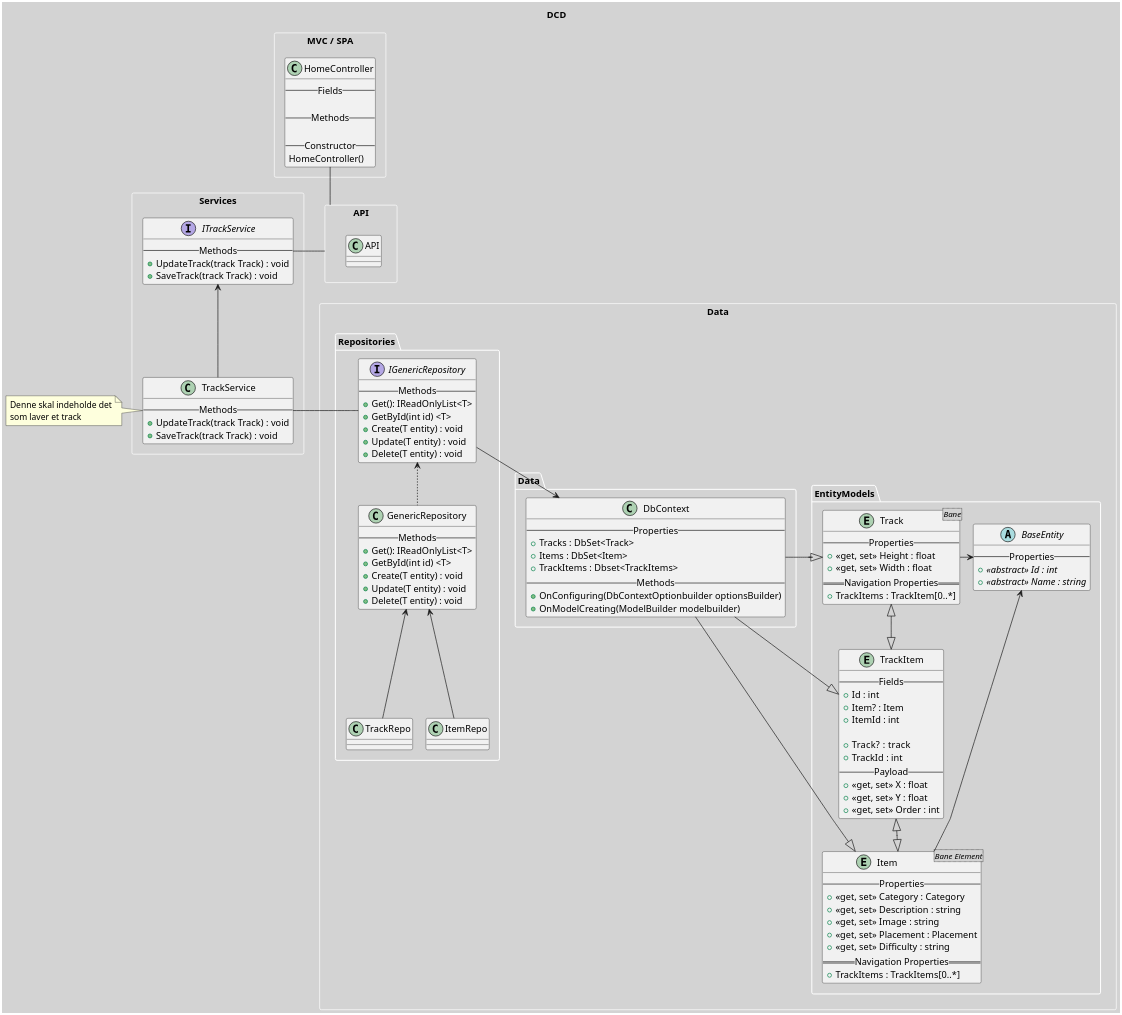
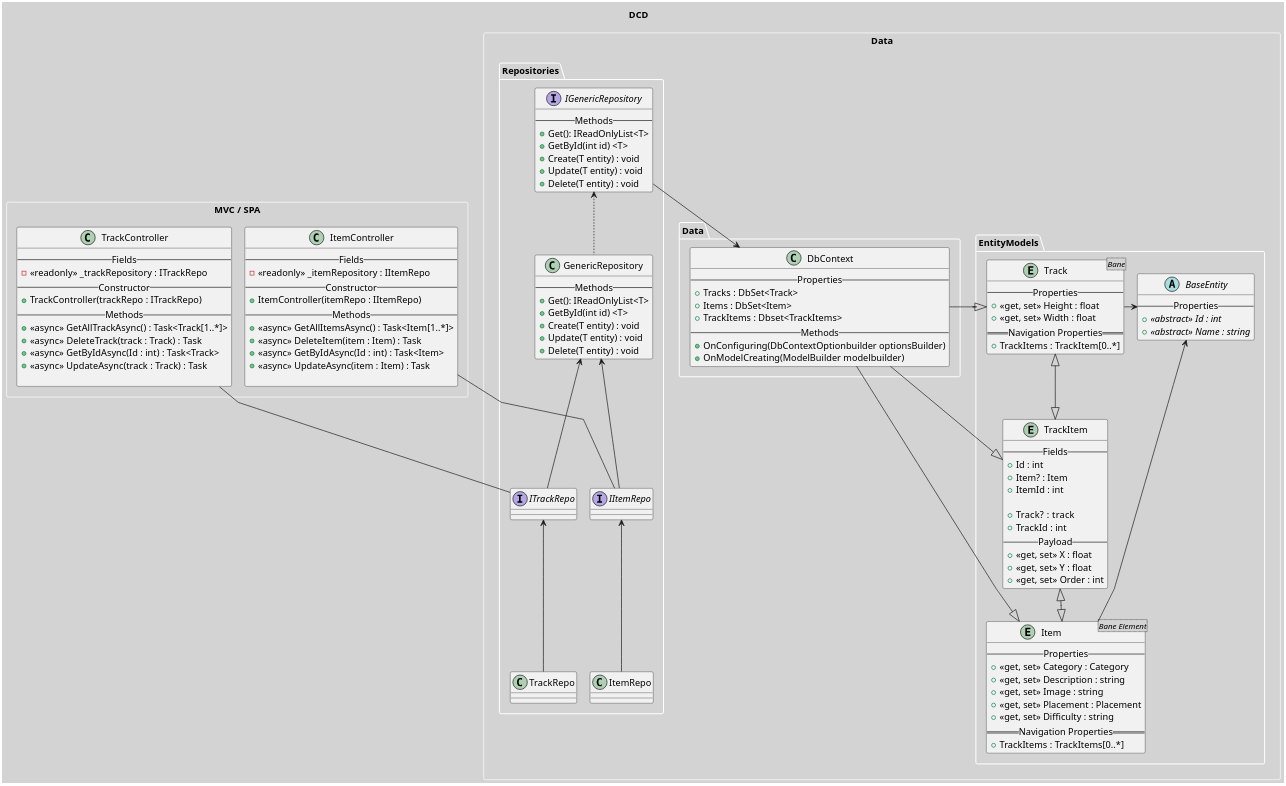
One commit to Team-1-ucl/Team1_Projekt changed the diagram in Dokumentation/Scenarier/Baner/Development View/DCD/DCDv2.wsd. Above: the diagram before and after it, drawn with PlantUML. The commit also changed 1 other file, not shown here.

```diff
--- a/Dokumentation/Scenarier/Baner/Development View/DCD/DCDv2.wsd
+++ b/Dokumentation/Scenarier/Baner/Development View/DCD/DCDv2.wsd
@@ -1,136 +1,140 @@
 @startuml DCDv2
 title DCD
 skinparam nodesep 20
 skinparam ranksep 50
 skinparam linetype polyline
 skinparam dpi 300
 skinparam ComponentBorderThickness 0
 skinparam BackgroundColor lightgrey
 skinparam ComponentBackgroundColor white
 skinparam ComponentBorderColor white
 skinparam PackageBorderColor white
 rectangle "MVC / SPA" as front{
-    class HomeController{
+    class ItemController{
         -- Fields --
-
+        - <<readonly>> _itemRepository : IItemRepo
+        --Constructor--
+        + ItemController(itemRepo : IItemRepo)
         -- Methods --
+        + <<async>> GetAllItemsAsync() : Task<Item[1..*]>
+        + <<async>> DeleteItem(item : Item) : Task
+        + <<async>> GetByIdAsync(Id : int) : Task<Item>
+        + <<async>> UpdateAsync(item : Item) : Task
         
+    }
+    class TrackController{
+        -- Fields --
+        - <<readonly>> _trackRepository : ITrackRepo
         --Constructor--
-        HomeController()
-    }
-}
-rectangle API{
-    class API{}
+        + TrackController(trackRepo : ITrackRepo)
+        -- Methods --
+        + <<async>> GetAllTrackAsync() : Task<Track[1..*]>
+        + <<async>> DeleteTrack(track : Track) : Task
+        + <<async>> GetByIdAsync(Id : int) : Task<Track>
+        + <<async>> UpdateAsync(track : Track) : Task
+        
+    }   
 }
 
-rectangle Services{
-    interface ITrackService{
-        -- Methods --
-        + UpdateTrack(track Track) : void
-        + SaveTrack(track Track) : void
-    }
 
-    class TrackService{
-        -- Methods --
-        + UpdateTrack(track Track) : void
-        + SaveTrack(track Track) : void
-    }
-}
+
 rectangle "Data" as models{
     package EntityModels{
         abstract class BaseEntity{
             -- Properties --
             + {abstract}<<abstract>> Id : int
             + {abstract}<<abstract>> Name : string
         }
         entity Track<Bane>{
             -- Properties --
             + <<get, set>> Height : float
             + <<get, set>> Width : float
             ==Navigation Properties==
             + TrackItems : TrackItem[0..*]
         }
         entity TrackItem{
             -- Fields --
             + Id : int
             + Item? : Item
             + ItemId : int
 
             + Track? :  track
             + TrackId : int
             -- Payload --
             + <<get, set>> X : float
             + <<get, set>> Y : float
             + <<get, set>> Order : int
         }
         entity Item<Bane Element>{
             -- Properties --
             + <<get, set>> Category : Category
             + <<get, set>> Description : string
             + <<get, set>> Image : string
             + <<get, set>> Placement : Placement
             + <<get, set>> Difficulty : string
             ==Navigation Properties==
             + TrackItems : TrackItems[0..*]
         }
     }
     package Data{
         class "DbContext"{
             --Properties--
             + Tracks : DbSet<Track>
             + Items : DbSet<Item>
             + TrackItems : Dbset<TrackItems>
             --Methods--
             + OnConfiguring(DbContextOptionbuilder optionsBuilder)
             + OnModelCreating(ModelBuilder modelbuilder)
         }
     }
     package Repositories{
         class "GenericRepository"{
             --Methods--
             + Get(): IReadOnlyList<T>
             + GetById(int id) <T>
             + Create(T entity) : void
             + Update(T entity) : void
             + Delete(T entity) : void
         }
 
         interface "IGenericRepository"{
             --Methods--
             + Get(): IReadOnlyList<T>
             + GetById(int id) <T>
             + Create(T entity) : void
             + Update(T entity) : void
             + Delete(T entity) : void
         }
-        
+        interface IItemRepo
+        interface ITrackRepo
         class "ItemRepo"{
 
         }
         class "TrackRepo"{
 
         }
         
     }
     
 }
 
-note left of TrackService : Denne skal indeholde det\nsom laver et track 
 
 IGenericRepository  <.. GenericRepository
 IGenericRepository --> DbContext
-GenericRepository <-- ItemRepo
-GenericRepository <-- TrackRepo
-HomeController -down- API
-ITrackService - API
-ITrackService <-- TrackService
-IGenericRepository - TrackService 
+GenericRepository <-- IItemRepo
+GenericRepository <-- ITrackRepo
+ITrackRepo <-- TrackRepo
+IItemRepo <-- ItemRepo
+
+ItemController -- IItemRepo
+TrackController -- ITrackRepo
+
 BaseEntity  <- Track
 BaseEntity <- Item
 Track <|--|> TrackItem
 TrackItem <|--|> Item
 DbContext -|> Track
 DbContext -|> TrackItem
 DbContext -|> Item
 
 @enduml
```
